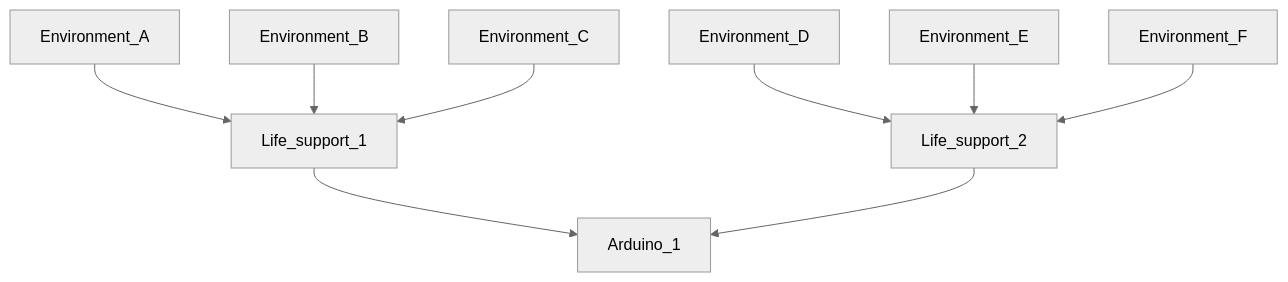
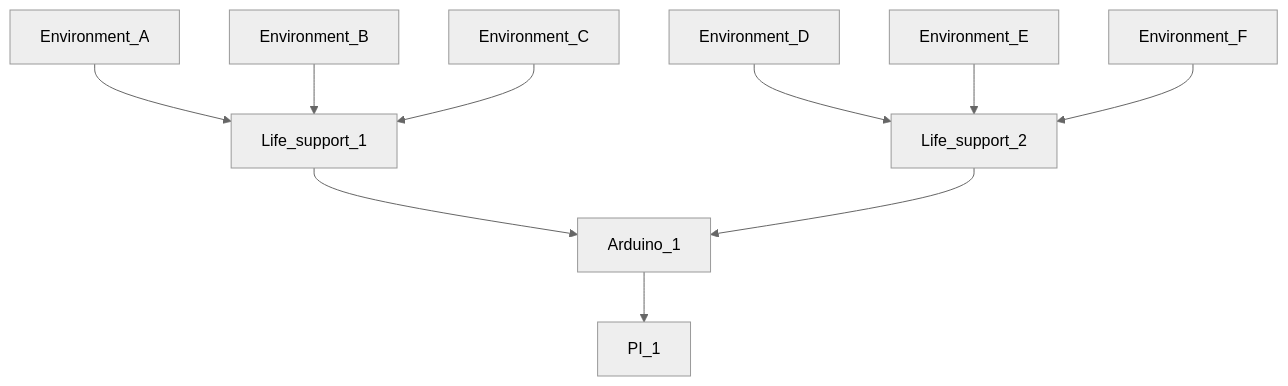
Before and after one commit to StevenAndrewsII/Fung_OS: the second of 2 diagrams in README.md, drawn with Mermaid (neutral theme).

````diff
--- a/README.md
+++ b/README.md
@@ -81,10 +81,11 @@
 ```mermaid
 graph TD;
     Environment_A-->Life_support_1-->Arduino_1;
     Environment_B-->Life_support_1;
     Environment_C-->Life_support_1;
     Environment_D-->Life_support_2-->Arduino_1;
     Environment_E-->Life_support_2;
     Environment_F-->Life_support_2;
+    Arduino_1-->PI_1;
   
 ```
````
